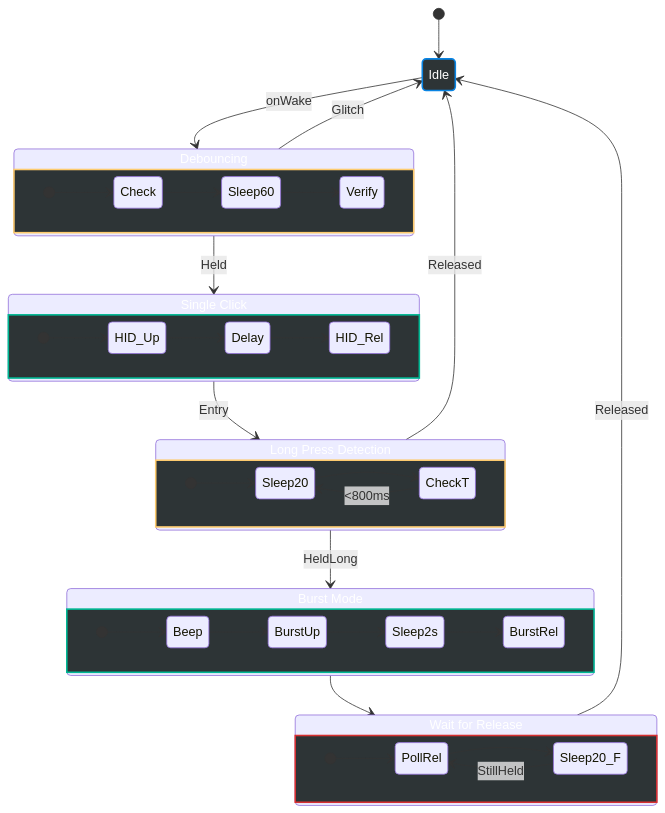
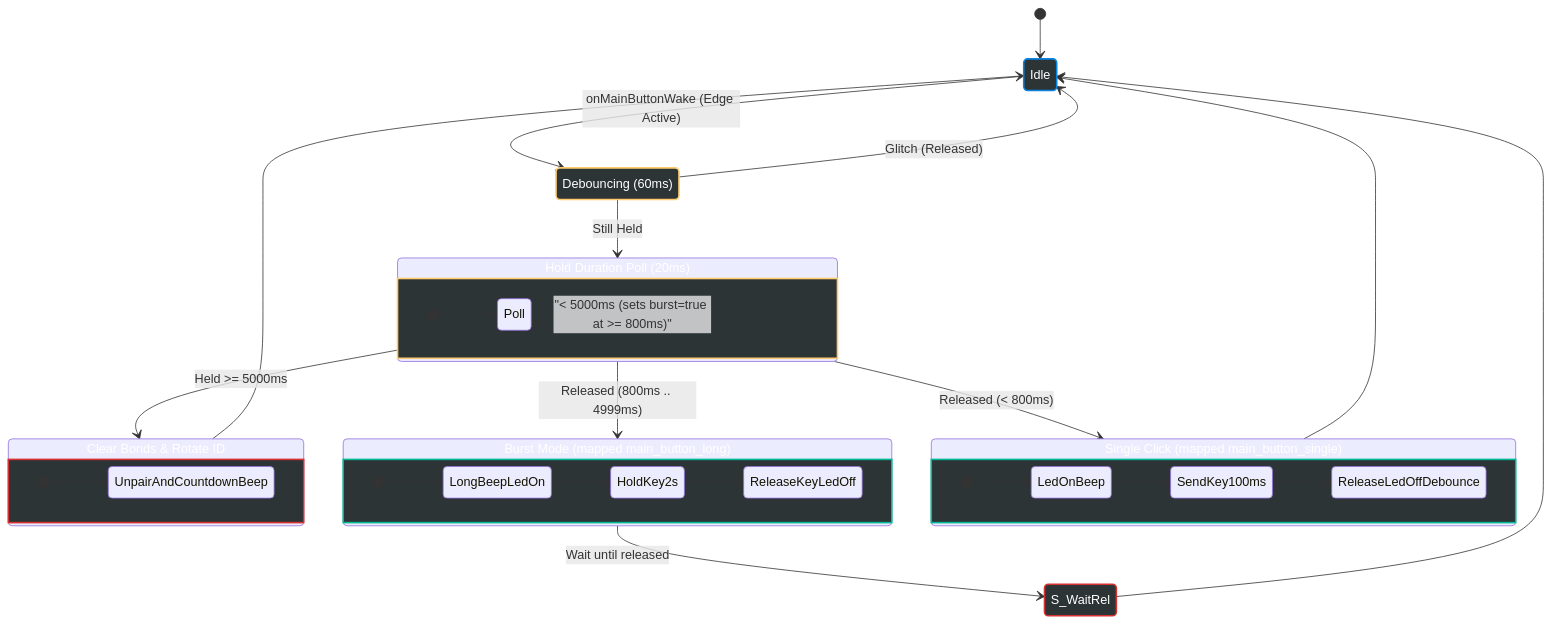
Before and after one commit to arunj123/nrf52840-cam-remote: the first of 2 diagrams in docs/gesture_logic.md, drawn with Mermaid. The commit also changed other lines of this file and 35 other files, not shown here.

````diff
--- a/docs/gesture_logic.md
+++ b/docs/gesture_logic.md
@@ -6,68 +6,58 @@
 ```mermaid
 stateDiagram-v2
     direction TB
 
     %% Styles
     classDef idle fill:#2d3436,stroke:#0984e3,stroke-width:2px,color:#fff
     classDef proc fill:#2d3436,stroke:#fdcb6e,stroke-width:2px,color:#fff
     classDef act fill:#2d3436,stroke:#00b894,stroke-width:2px,color:#fff
     classDef wait fill:#2d3436,stroke:#d63031,stroke-width:2px,color:#fff
 
     [*] --> Idle
-    Idle --> S_Debounce : onWake
-    
-    state "Debouncing" as S_Debounce {
+    Idle --> S_Debounce : onMainButtonWake (Edge Active)
+
+    state "Debouncing (60ms)" as S_Debounce
+    S_Debounce --> Idle : Glitch (Released)
+    S_Debounce --> S_HoldPoll : Still Held
+
+    state "Hold Duration Poll (20ms)" as S_HoldPoll {
         direction LR
-        [*] --> Check
-        Check --> Sleep60
-        Sleep60 --> Verify
+        [*] --> Poll
+        Poll --> Poll : "< 5000ms (sets burst=true at >= 800ms)"
     }
-    
-    S_Debounce --> Idle : Glitch
-    S_Debounce --> S_Click : Held
-    
-    state "Single Click" as S_Click {
+
+    S_HoldPoll --> S_ClearBonds : Held >= 5000ms
+    S_HoldPoll --> S_Burst : Released (800ms .. 4999ms)
+    S_HoldPoll --> S_Click : Released (< 800ms)
+
+    state "Clear Bonds & Rotate ID" as S_ClearBonds {
         direction LR
-        [*] --> HID_Up
-        HID_Up --> Delay
-        Delay --> HID_Rel
+        [*] --> UnpairAndCountdownBeep
     }
-    
-    S_Click --> S_Poll : Entry
-    
-    state "Long Press Detection" as S_Poll {
+    S_ClearBonds --> Idle
+
+    state "Burst Mode (mapped main_button_long)" as S_Burst {
         direction LR
-        [*] --> Sleep20
-        Sleep20 --> CheckT
-        CheckT --> Sleep20 : <800ms
+        [*] --> LongBeepLedOn
+        LongBeepLedOn --> HoldKey2s
+        HoldKey2s --> ReleaseKeyLedOff
     }
-    
-    S_Poll --> Idle : Released
-    S_Poll --> S_Burst : HeldLong
-    
-    state "Burst Mode" as S_Burst {
+    S_Burst --> S_WaitRel : Wait until released
+    S_WaitRel --> Idle
+
+    state "Single Click (mapped main_button_single)" as S_Click {
         direction LR
-        [*] --> Beep
-        Beep --> BurstUp
-        BurstUp --> Sleep2s
-        Sleep2s --> BurstRel
+        [*] --> LedOnBeep
+        LedOnBeep --> SendKey100ms
+        SendKey100ms --> ReleaseLedOffDebounce
     }
-    
-    S_Burst --> S_WaitRel
-    
-    state "Wait for Release" as S_WaitRel {
-        direction LR
-        [*] --> PollRel
-        PollRel --> Sleep20_F
-        Sleep20_F --> PollRel : StillHeld
-    }
-    
-    S_WaitRel --> Idle : Released
+    S_Click --> Idle
 
     class Idle idle
     class S_Debounce proc
+    class S_HoldPoll proc
     class S_Click act
-    class S_Poll proc
     class S_Burst act
+    class S_ClearBonds wait
     class S_WaitRel wait
 ```
````
